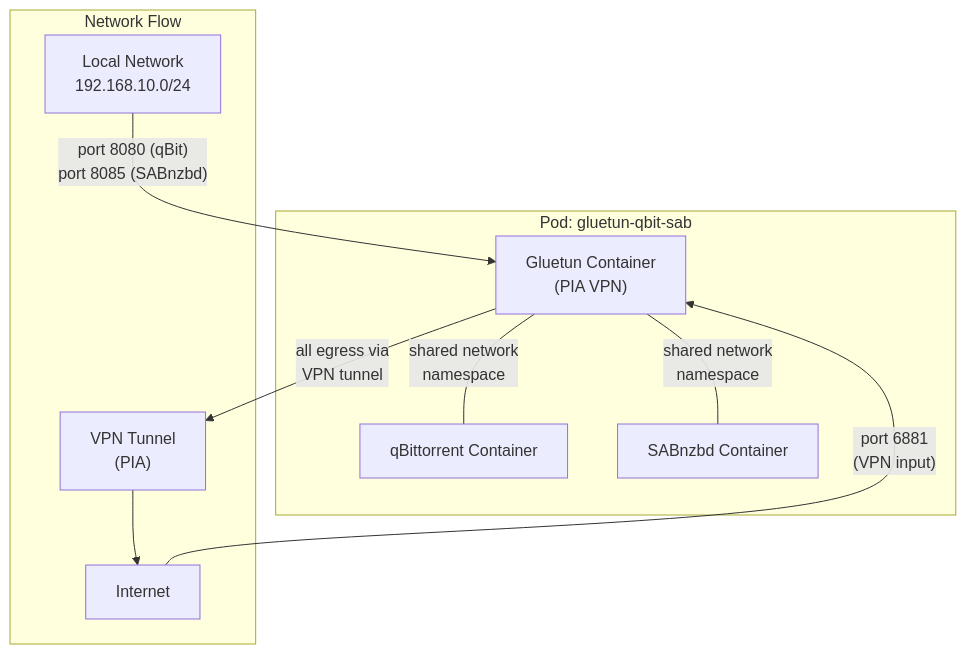
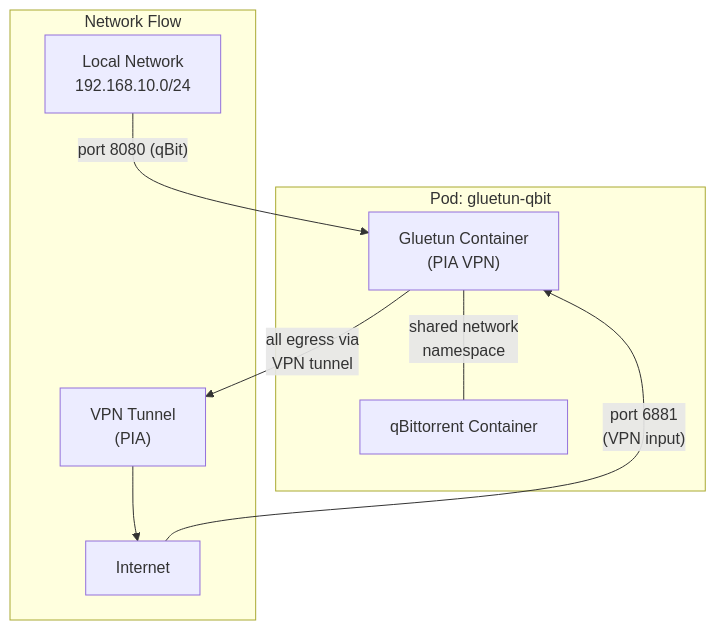
Before and after one commit to kyleseneker/homelab: the third of 3 diagrams in docs/architecture/networking.md, drawn with Mermaid. The commit also changed other lines of this file and 19 other files, not shown here.

Commit message:
refactor: remove SABnzbd, rename downloads dir, enable VPN port forwarding

````diff
--- a/docs/architecture/networking.md
+++ b/docs/architecture/networking.md
@@ -102,21 +101,19 @@
 ```mermaid
 flowchart TD
-    subgraph vpnPod["Pod: gluetun-qbit-sab"]
+    subgraph vpnPod["Pod: gluetun-qbit"]
         gluetun["Gluetun Container\n(PIA VPN)"]
         qbit["qBittorrent Container"]
-        sabnzbd["SABnzbd Container"]
         gluetun ---|"shared network\nnamespace"| qbit
-        gluetun ---|"shared network\nnamespace"| sabnzbd
     end
 
     subgraph network["Network Flow"]
         internet["Internet"]
         vpnTunnel["VPN Tunnel\n(PIA)"]
         localNet["Local Network\n192.168.10.0/24"]
     end
 
     gluetun -->|"all egress via\nVPN tunnel"| vpnTunnel
     vpnTunnel --> internet
-    localNet -->|"port 8080 (qBit)\nport 8085 (SABnzbd)"| gluetun
+    localNet -->|"port 8080 (qBit)"| gluetun
     internet -->|"port 6881\n(VPN input)"| gluetun
 ```
````
